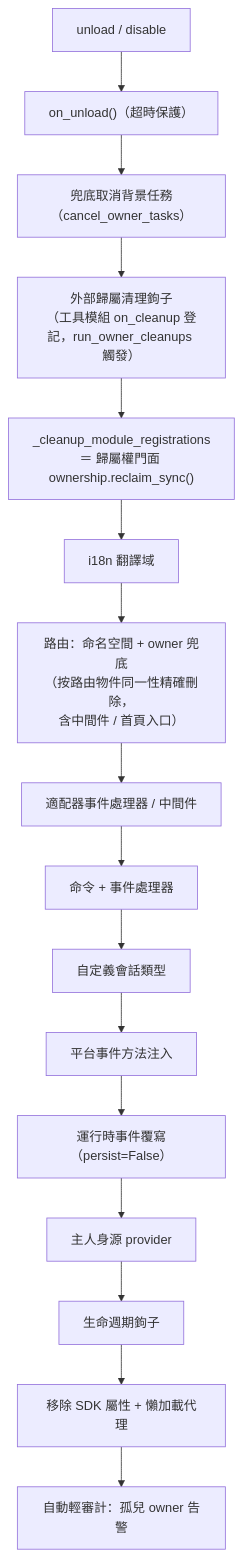
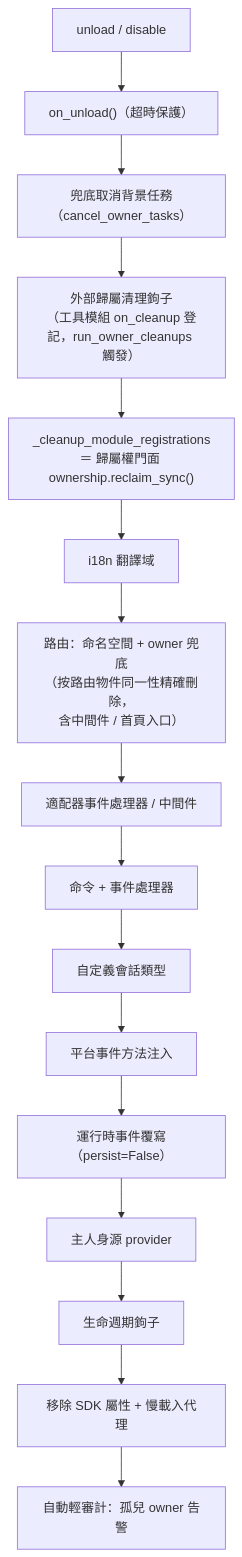
One commit to ErisPulse/ErisPulse changed the diagram in docs/zh-TW/advanced/ownership.md. Above: the diagram before and after it, drawn with Mermaid. The commit also changed other lines of this file and 105 other files, not shown here.

````diff
--- a/docs/zh-TW/advanced/ownership.md
+++ b/docs/zh-TW/advanced/ownership.md
@@ -86,18 +92,18 @@
 ```mermaid
 flowchart TD
     A["unload / disable"] --> B["on_unload()（超時保護）"]
     B --> C["兜底取消背景任務（cancel_owner_tasks）"]
     C --> C1["外部歸屬清理鉤子<br/>（工具模組 on_cleanup 登記，run_owner_cleanups 觸發）"]
     C1 --> D["_cleanup_module_registrations<br/>＝ 歸屬權門面 ownership.reclaim_sync()"]
     D --> D1["i18n 翻譯域"]
     D1 --> D2["路由：命名空間 + owner 兜底<br/>（按路由物件同一性精確刪除，<br/>含中間件 / 首頁入口）"]
     D2 --> D3["適配器事件處理器 / 中間件"]
     D3 --> D4["命令 + 事件處理器"]
     D4 --> D5["自定義會話類型"]
     D5 --> D5b["平台事件方法注入"]
     D5b --> D6["運行時事件覆寫（persist=False）"]
     D6 --> D7["主人身源 provider"]
     D7 --> D8["生命週期鉤子"]
-    D8 --> E["移除 SDK 屬性 + 懶加載代理"]
+    D8 --> E["移除 SDK 屬性 + 慢載入代理"]
     E --> F["自動輕審計：孤兒 owner 告警"]
 ```
````
